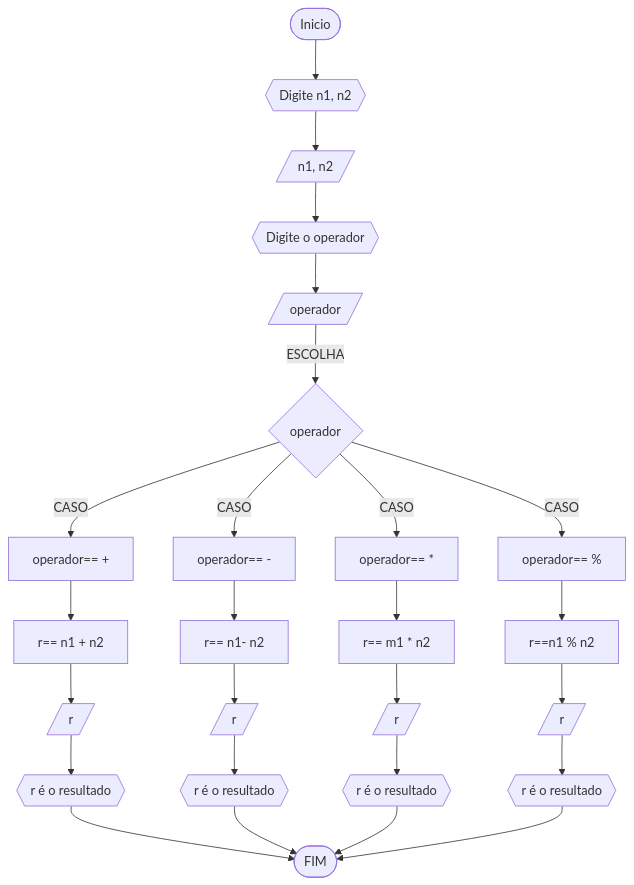
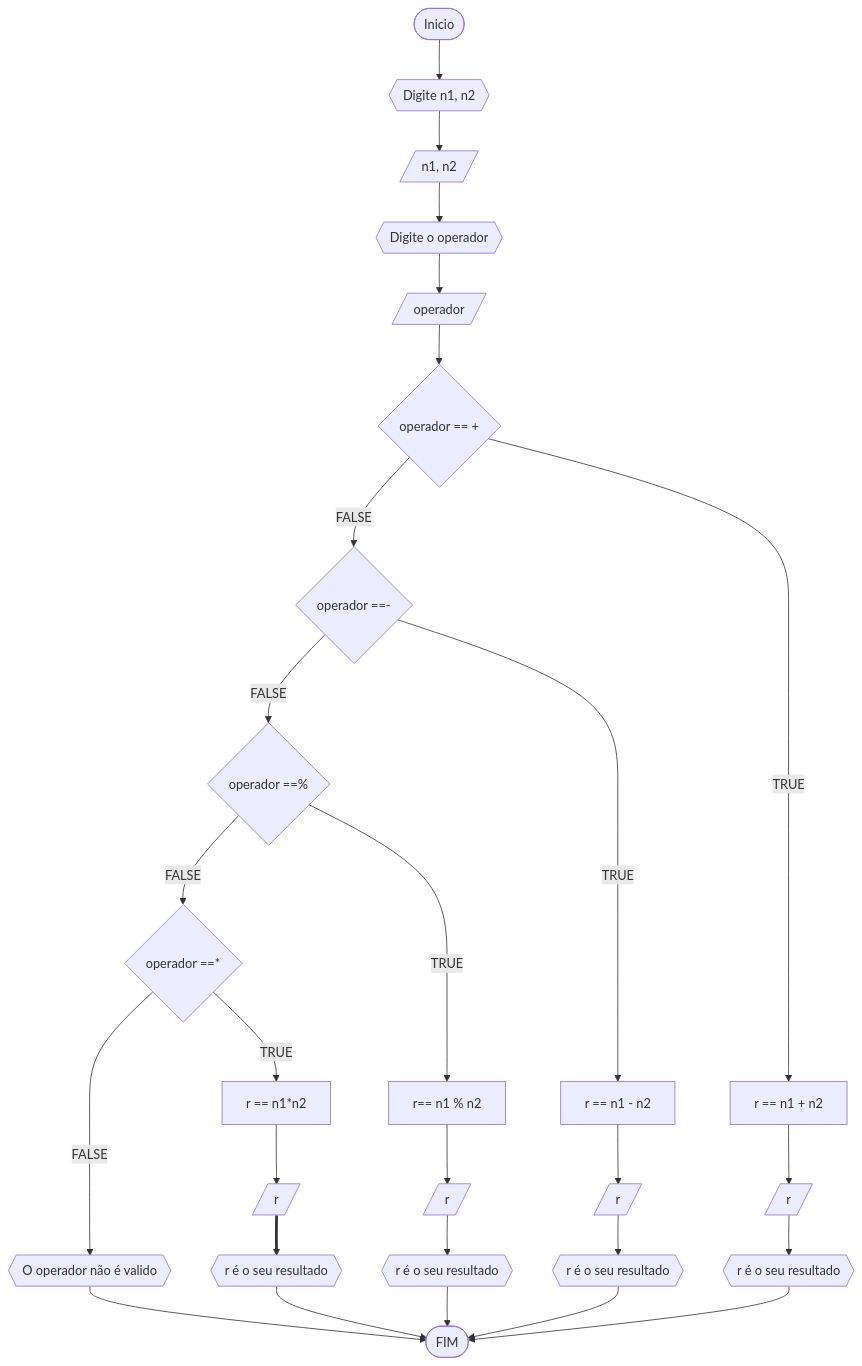
One commit to paaiva/UNIFOR2 changed the third of 4 diagrams in RLB/lista2_exercicios.md. Above: the diagram before and after it, drawn with Mermaid. The commit also changed other lines of this file, not shown here.

````diff
--- a/RLB/lista2_exercicios.md
+++ b/RLB/lista2_exercicios.md
@@ -77,28 +83,33 @@
 ```mermaid
 flowchart TD
 A([Inicio])-->B{{Digite n1, n2}}
 B-->C[/n1, n2/]
 C-->D{{Digite o operador}}
 D-->E[/operador/]
-E--ESCOLHA-->F{operador}
-F--CASO-->G[operador== +]
-G-->H[r== n1 + n2]
-H-->I[/r/]
-I-->J{{r é o resultado}}
-J-->K([FIM])
-F--CASO-->L[operador== -]
-L-->M[r== n1- n2]
-M-->N[/r/]
-N-->O{{r é o resultado}}
-O-->K
-F--CASO-->P[operador== *]
-P-->Q[r== m1 * n2]
+E-->F{operador == +}
+
+F--FALSE-->G{operador ==-}
+G--FALSE-->H{operador ==%}
+H--FALSE-->I{operador ==*}
+I--FALSE-->W{{O operador não é valido}}
+W-->M
+I--TRUE-->T[r == n1*n2]
+T-->U[/r/]
+U==>V{{r é o seu resultado}}
+V-->M
+
+
+F--TRUE-->J[r == n1 + n2]
+J-->K[/r/]
+K-->L{{r é o seu resultado}}
+L-->M([FIM])
+G--TRUE-->N[r == n1 - n2]
+N-->O[/r/]
+O-->P{{r é o seu resultado}}
+P-->M
+H--TRUE-->Q[r== n1 % n2]
 Q-->R[/r/]
-R-->S{{r é o resultado}}
-S-->K
-F--CASO-->T[operador== %]
-T-->U[r==n1 % n2]
-U-->V[/r/]
-V-->W{{r é o resultado}}
-W-->K
+R-->S{{r é o seu resultado}}
+S-->M
+
 ```
````
